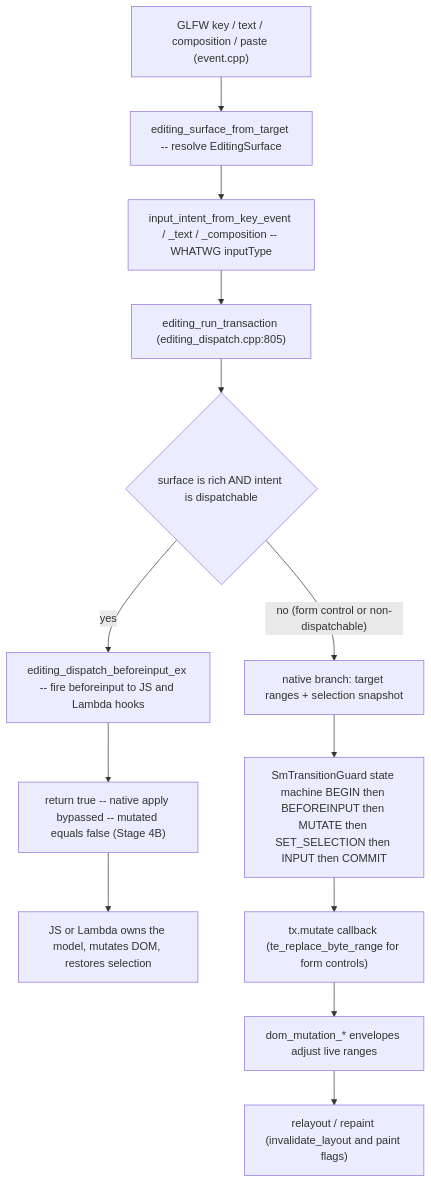
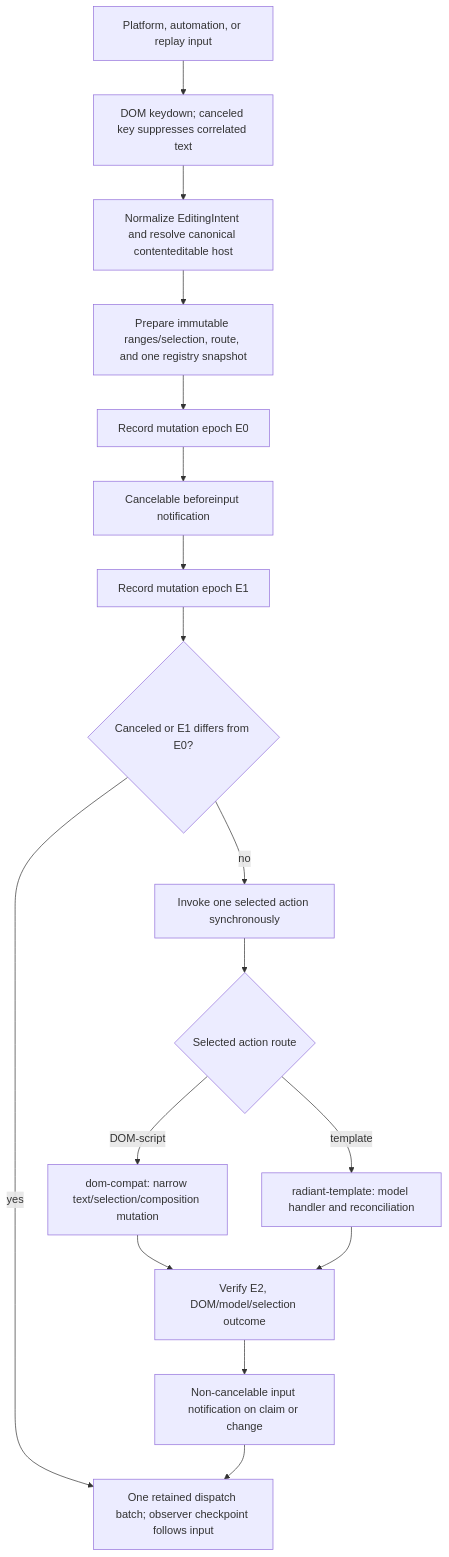
The diagram in doc/dev/radiant/diagram/rad18_dispatch_seam.mmd (henry-luo/lambda), drawn with Mermaid before and after one commit. The commit also changed 164 other files, not shown here.

```diff
--- a/doc/dev/radiant/diagram/rad18_dispatch_seam.mmd
+++ b/doc/dev/radiant/diagram/rad18_dispatch_seam.mmd
@@ -1,18 +1,24 @@
 flowchart TD
-    KEY["GLFW key / text / composition / paste (event.cpp)"]
-    SURF["editing_surface_from_target -- resolve EditingSurface"]
-    INTENT["input_intent_from_key_event / _text / _composition -- WHATWG inputType"]
-    RUN["editing_run_transaction (editing_dispatch.cpp:805)"]
-    RICH{"surface is rich AND intent is dispatchable"}
-    SEAM["editing_dispatch_beforeinput_ex -- fire beforeinput to JS and Lambda hooks"]
-    BYPASS["return true -- native apply bypassed -- mutated equals false (Stage 4B)"]
-    JSOWN["JS or Lambda owns the model, mutates DOM, restores selection"]
-    NATIVE["native branch: target ranges + selection snapshot"]
-    SM["SmTransitionGuard state machine BEGIN then BEFOREINPUT then MUTATE then SET_SELECTION then INPUT then COMMIT"]
-    MUTATE["tx.mutate callback (te_replace_byte_range for form controls)"]
-    ENV["dom_mutation_* envelopes adjust live ranges"]
-    PAINT["relayout / repaint (invalidate_layout and paint flags)"]
+    PLATFORM["Platform, automation, or replay input"]
+    KEY["DOM keydown; canceled key suppresses correlated text"]
+    INTENT["Normalize EditingIntent and resolve canonical contenteditable host"]
+    PREPARE["Prepare immutable ranges/selection, route, and one registry snapshot"]
+    E0["Record mutation epoch E0"]
+    BEFORE["Cancelable beforeinput notification"]
+    E1["Record mutation epoch E1"]
+    GUARD{"Canceled or E1 differs from E0?"}
+    ACTION["Invoke one selected action synchronously"]
+    ROUTE{"Selected action route"}
+    DOM["dom-compat: narrow text/selection/composition mutation"]
+    TEMPLATE["radiant-template: model handler and reconciliation"]
+    VERIFY["Verify E2, DOM/model/selection outcome"]
+    INPUT["Non-cancelable input notification on claim or change"]
+    BATCH["One retained dispatch batch; observer checkpoint follows input"]
 
-    KEY --> SURF --> INTENT --> RUN --> RICH
-    RICH -- yes --> SEAM --> BYPASS --> JSOWN
-    RICH -- no (form control or non-dispatchable) --> NATIVE --> SM --> MUTATE --> ENV --> PAINT
+    PLATFORM --> KEY --> INTENT --> PREPARE --> E0 --> BEFORE --> E1 --> GUARD
+    GUARD -- no --> ACTION
+    ACTION --> ROUTE
+    ROUTE -- DOM-script --> DOM --> VERIFY
+    ROUTE -- template --> TEMPLATE --> VERIFY
+    GUARD -- yes --> BATCH
+    VERIFY --> INPUT --> BATCH
```
